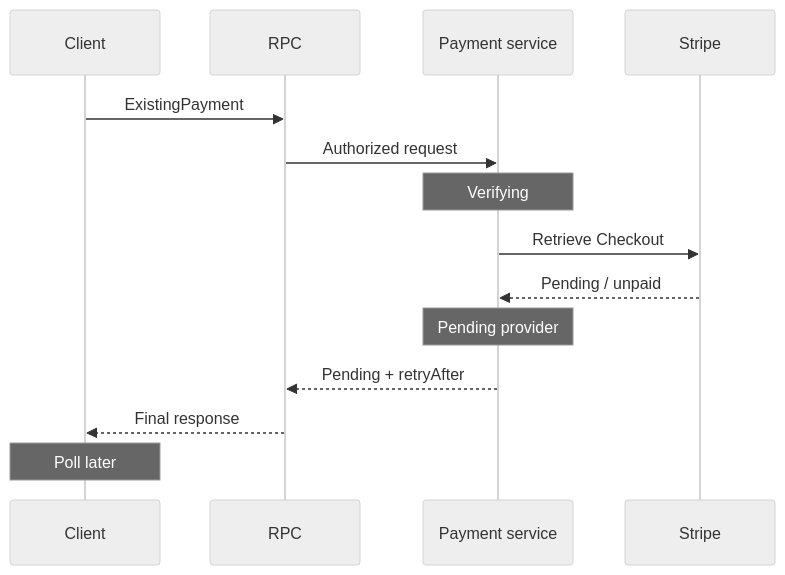
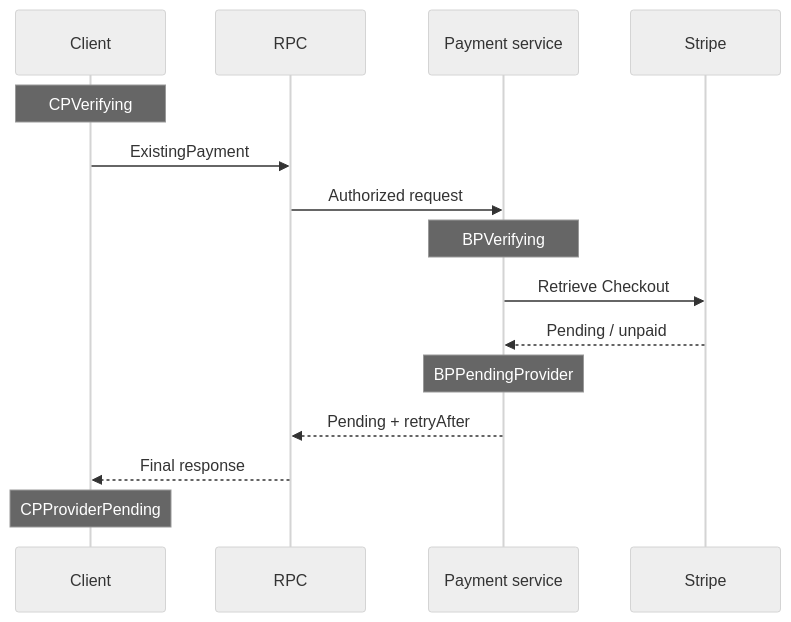
Before and after one commit to simplex-chat/simplex-chat: the sixth of 6 diagrams in plans/2026-07-20-supporter-badges-v2-implementation.md, drawn with Mermaid (neutral theme). The commit also changed other lines of this file and 1 other file, not shown here.

````diff
--- a/plans/2026-07-20-supporter-badges-v2-implementation.md
+++ b/plans/2026-07-20-supporter-badges-v2-implementation.md
@@ -331,16 +355,17 @@
 ```mermaid
 sequenceDiagram
   participant C as Client
   participant RPC as RPC
   participant P as Payment service
   participant S as Stripe
+  Note over C: CPVerifying
   C->>RPC: ExistingPayment
   RPC->>P: Authorized request
-  Note over P: Verifying
+  Note over P: BPVerifying
   P->>S: Retrieve Checkout
   S-->>P: Pending / unpaid
-  Note over P: Pending provider
+  Note over P: BPPendingProvider
   P-->>RPC: Pending + retryAfter
   RPC-->>C: Final response
-  Note over C: Poll later
+  Note over C: CPProviderPending
 ```
````
